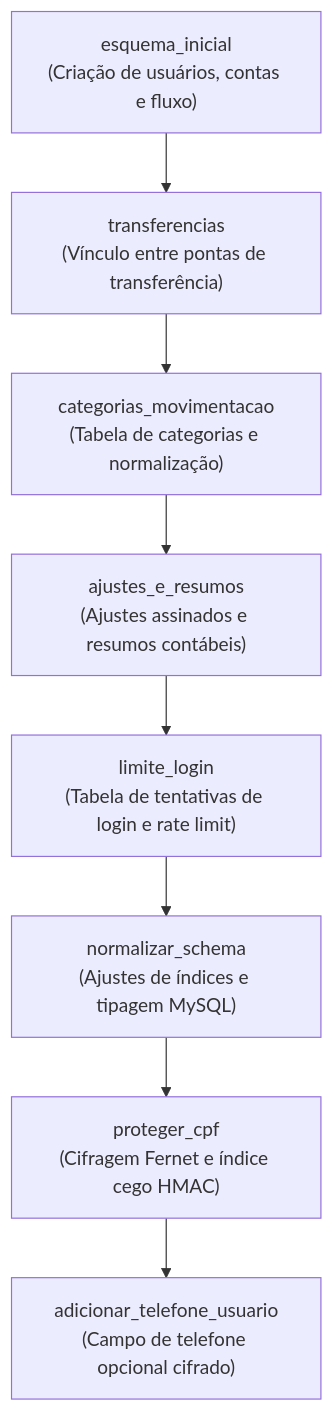
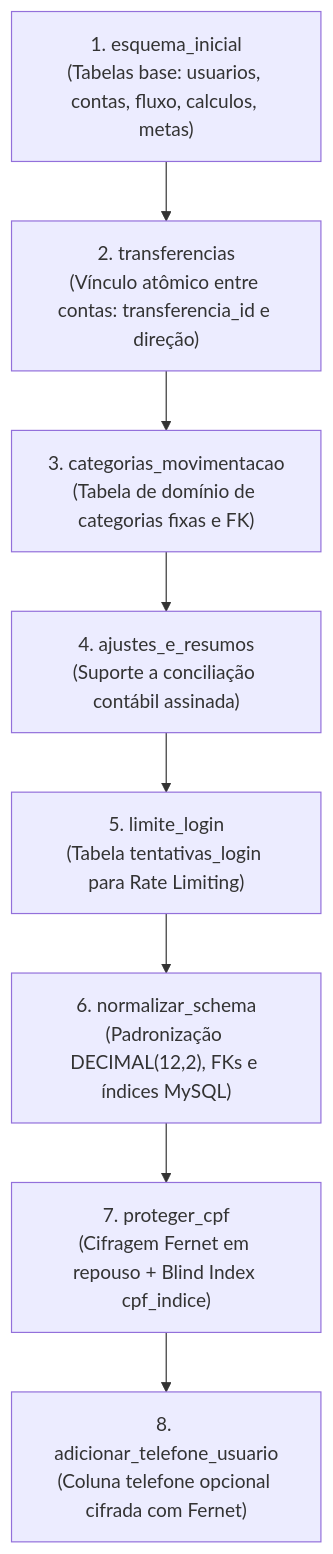
The diagram in banco de dados/migrations/versions/README.md (amorimfps1/fluxo_caixa_campos), drawn with Mermaid before and after one commit. The commit also changed other lines of this file and 12 other files, not shown here.

````diff
--- a/banco de dados/migrations/versions/README.md
+++ b/banco de dados/migrations/versions/README.md
@@ -9,10 +9,10 @@
 ```mermaid
 flowchart TD
-    R1["esquema_inicial<br/>(Criação de usuários, contas e fluxo)"] --> R2["transferencias<br/>(Vínculo entre pontas de transferência)"]
-    R2 --> R3["categorias_movimentacao<br/>(Tabela de categorias e normalização)"]
-    R3 --> R4["ajustes_e_resumos<br/>(Ajustes assinados e resumos contábeis)"]
-    R4 --> R5["limite_login<br/>(Tabela de tentativas de login e rate limit)"]
-    R5 --> R6["normalizar_schema<br/>(Ajustes de índices e tipagem MySQL)"]
-    R6 --> R7["proteger_cpf<br/>(Cifragem Fernet e índice cego HMAC)"]
-    R7 --> R8["adicionar_telefone_usuario<br/>(Campo de telefone opcional cifrado)"]
+    R1["1. esquema_inicial<br/>(Tabelas base: usuarios, contas, fluxo, calculos, metas)"] --> R2["2. transferencias<br/>(Vínculo atômico entre contas: transferencia_id e direção)"]
+    R2 --> R3["3. categorias_movimentacao<br/>(Tabela de domínio de categorias fixas e FK)"]
+    R3 --> R4["4. ajustes_e_resumos<br/>(Suporte a conciliação contábil assinada)"]
+    R4 --> R5["5. limite_login<br/>(Tabela tentativas_login para Rate Limiting)"]
+    R5 --> R6["6. normalizar_schema<br/>(Padronização DECIMAL(12,2), FKs e índices MySQL)"]
+    R6 --> R7["7. proteger_cpf<br/>(Cifragem Fernet em repouso + Blind Index cpf_indice)"]
+    R7 --> R8["8. adicionar_telefone_usuario<br/>(Coluna telefone opcional cifrada com Fernet)"]
 ```
````
